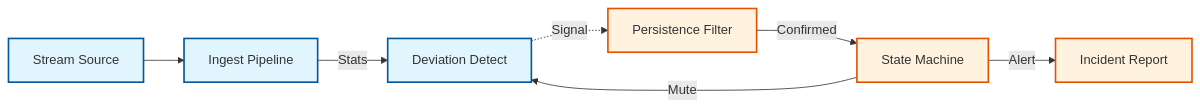
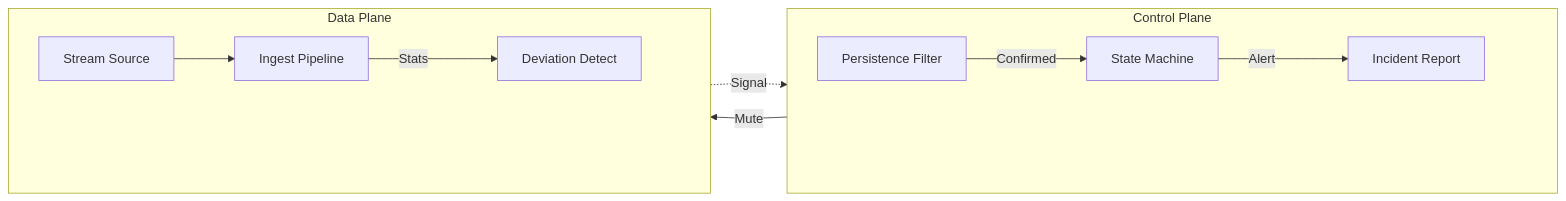
Before and after one commit to Mihirmaru22/BLACKICE: the diagram in README.md, drawn with Mermaid.

Commit message:
docs: add invisible spacer nodes to fix mermaid clipping

````diff
--- a/README.md
+++ b/README.md
@@ -74,29 +74,39 @@
 ```mermaid
 graph LR
-  %% Data Plane Nodes
-  SS["Stream Source"]
-  IP["Ingest Pipeline"]
-  DD["Deviation Detect"]
+  %% 1. Define Subgraphs
+  subgraph Control["Control Plane"]
+    direction LR
+    PF["Persistence Filter"]
+    SM["State Machine"]
+    IR["Incident Report"]
+    %% Invisible layout fix
+    fix1["________________________"]
+  end
 
-  %% Control Plane Nodes
-  PF["Persistence Filter"]
-  SM["State Machine"]
-  IR["Incident Report"]
+  subgraph Data["Data Plane"]
+    direction LR
+    SS["Stream Source"]
+    IP["Ingest Pipeline"]
+    DD["Deviation Detect"]
+    %% Invisible layout fix
+    fix2["________________________"]
+  end
 
-  %% Data Flow
+  %% 2. Data Plane Flow
   SS --> IP
   IP -->|Stats| DD
+
+  %% 3. Cross-Layer Signal
   DD -.->|Signal| PF
 
-  %% Control Flow
+  %% 4. Control Plane Flow
   PF -->|Confirmed| SM
   SM -->|Alert| IR
+
+  %% 5. Feedback Loop
   SM -->|Mute| DD
 
-  %% Styling
-  classDef data fill:#e1f5fe,stroke:#01579b,stroke-width:2px;
-  classDef control fill:#fff3e0,stroke:#e65100,stroke-width:2px;
-
-  class SS,IP,DD data;
-  class PF,SM,IR control;
+  %% Styling - Hide the fixes
+  classDef hidden fill:none,stroke:none,color:#00000000;
+  class fix1,fix2 hidden;
 ```
````
